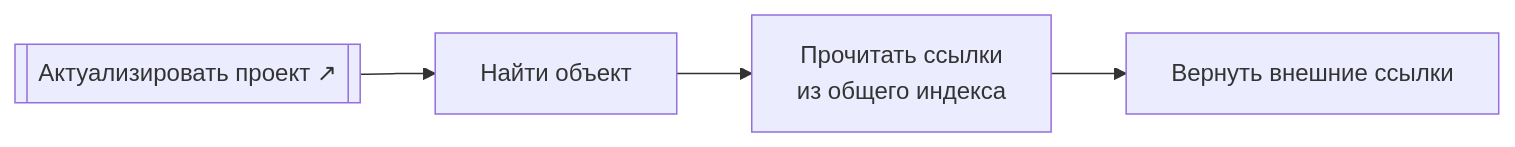
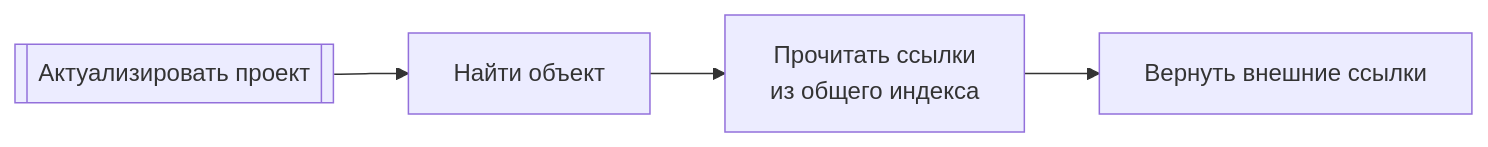
The tenth of 10 diagrams in .agents/architecture.md (crimsongoldteam/nkdk), drawn with Mermaid before and after one commit. The commit also changed other lines of this file and 1 other file, not shown here.

First line of the commit message:
docs: :memo: актуализировать архитектурный монитор

````diff
--- a/.agents/architecture.md
+++ b/.agents/architecture.md
@@ -254,4 +314,4 @@
 ```mermaid
 flowchart LR
-  refresh[["Актуализировать проект ↗"]] --> target["Найти объект"] --> references["Прочитать ссылки<br/>из общего индекса"] --> result["Вернуть внешние ссылки"]
+  refresh[["Актуализировать проект"]] --> target["Найти объект"] --> references["Прочитать ссылки<br/>из общего индекса"] --> result["Вернуть внешние ссылки"]
 ```
````
